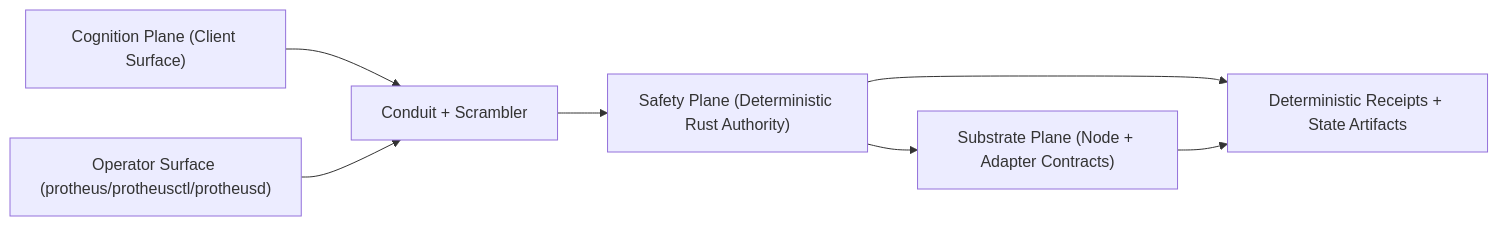
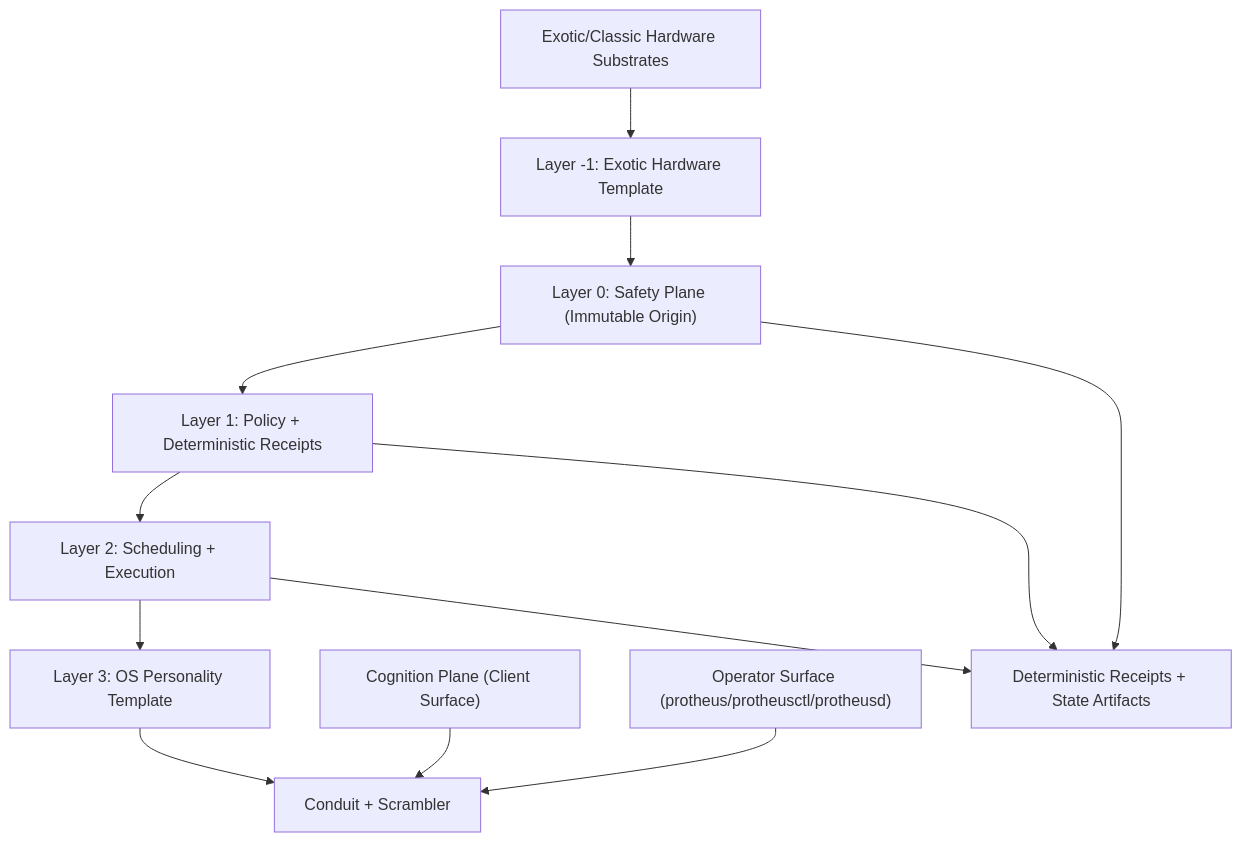
Before and after one commit to jakerslam/protheus: the diagram in ARCHITECTURE.md, drawn with Mermaid. The commit also changed other lines of this file and 9 other files, not shown here.

Commit message:
docs(architecture): adopt layer -1 and layer3 stack contract

````diff
--- a/ARCHITECTURE.md
+++ b/ARCHITECTURE.md
@@ -153,16 +160,25 @@
 ```mermaid
-flowchart LR
+flowchart TB
+    SUBSTRATE["Exotic/Classic Hardware Substrates"]
+    LNEG1["Layer -1: Exotic Hardware Template"]
+    L0["Layer 0: Safety Plane (Immutable Origin)"]
+    L1["Layer 1: Policy + Deterministic Receipts"]
+    L2["Layer 2: Scheduling + Execution"]
+    L3["Layer 3: OS Personality Template"]
+    CONDUIT["Conduit + Scrambler"]
     UI["Cognition Plane (Client Surface)"]
     CLI["Operator Surface (protheus/protheusctl/protheusd)"]
-    CONDUIT["Conduit + Scrambler"]
-    SAFETY["Safety Plane (Deterministic Rust Authority)"]
-    SUBSTRATE["Substrate Plane (Node + Adapter Contracts)"]
     RECEIPTS["Deterministic Receipts + State Artifacts"]
 
+    SUBSTRATE --> LNEG1
+    LNEG1 --> L0
+    L0 --> L1
+    L1 --> L2
+    L2 --> L3
+    L3 --> CONDUIT
     UI --> CONDUIT
     CLI --> CONDUIT
-    CONDUIT --> SAFETY
-    SAFETY --> SUBSTRATE
-    SAFETY --> RECEIPTS
-    SUBSTRATE --> RECEIPTS
+    L0 --> RECEIPTS
+    L1 --> RECEIPTS
+    L2 --> RECEIPTS
 ```
````
